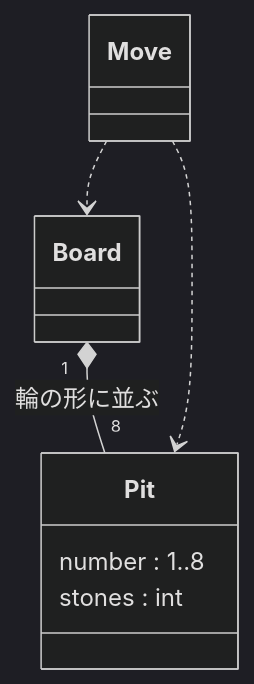
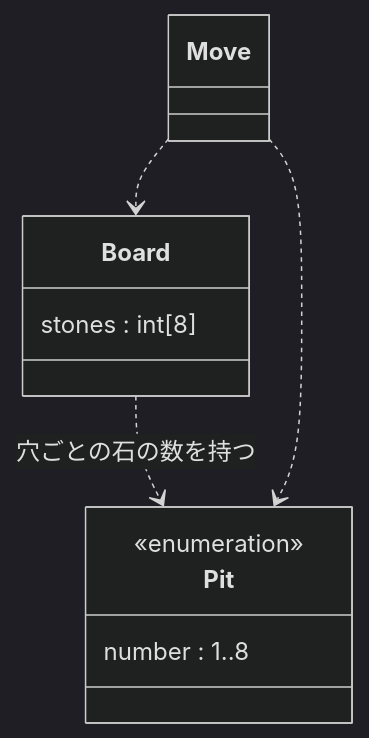
The diagram in docs/model.md (yattom/tdd-mancara), drawn with Mermaid (dark theme) before and after one commit. The commit also changed other lines of this file and 2 other files, not shown here.

Commit message:
docs: 穴2のTODOを完了にし、Pitの導入をモデルとworklogに反映する
Claude-Session: https://claude.ai/code/session_01Viho89gF9Kab6ZCc3Tf836

````diff
--- a/docs/model.md
+++ b/docs/model.md
@@ -7,12 +7,14 @@
 ```mermaid
 classDiagram
-    class Board
+    class Board {
+        stones : int[8]
+    }
     class Pit {
+        <<enumeration>>
         number : 1..8
-        stones : int
     }
     class Move
-    Board "1" *-- "8" Pit : 輪の形に並ぶ
+    Board ..> Pit : 穴ごとの石の数を持つ
     Move ..> Board
     Move ..> Pit
 ```
````
